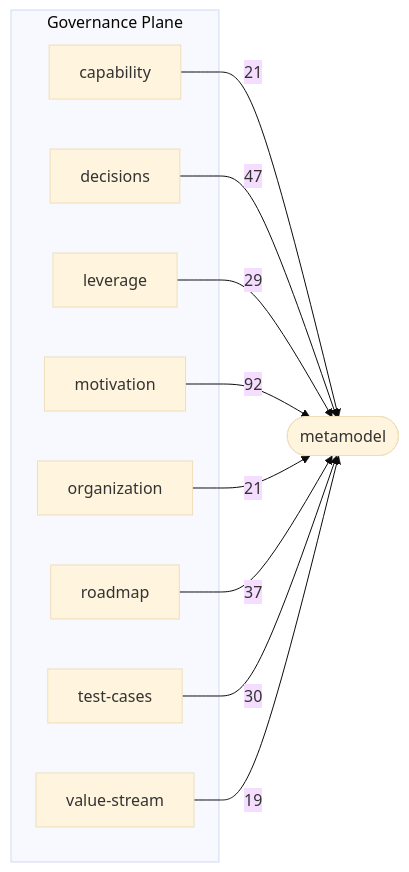
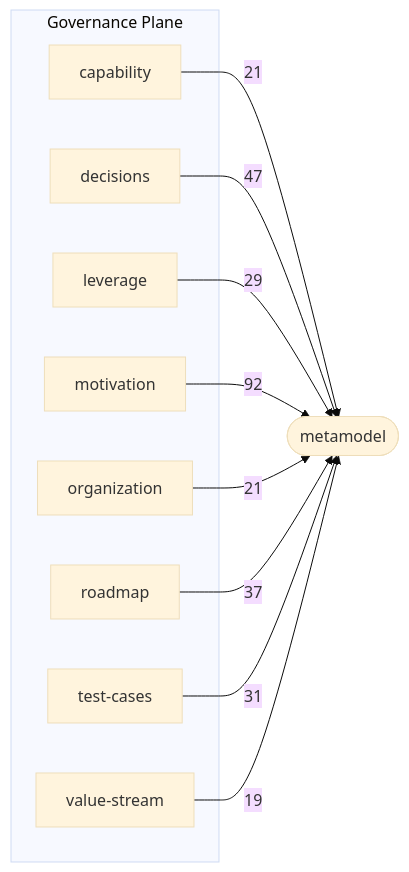
One commit to Archally/blueprint-schema changed the third of 3 diagrams in docs/schema-atlas/v2.8/layer-map.md. Above: the diagram before and after it, drawn with Mermaid (base theme). The commit also changed other lines of this file and 5 other files, not shown here.

Commit message:
Schema Atlas: the catalog follows the 2.8.57 schema

````diff
--- a/docs/schema-atlas/v2.8/layer-map.md
+++ b/docs/schema-atlas/v2.8/layer-map.md
@@ -139,22 +139,22 @@
 ```mermaid
 graph LR
     subgraph governance_plane["Governance Plane"]
         governance_capability_schema_yaml["capability"]
         governance_decisions_schema_yaml["decisions"]
         governance_leverage_schema_yaml["leverage"]
         governance_motivation_schema_yaml["motivation"]
         governance_organization_schema_yaml["organization"]
         governance_roadmap_schema_yaml["roadmap"]
         governance_test_cases_schema_yaml["test-cases"]
         governance_value_stream_schema_yaml["value-stream"]
     end
     metamodel_schema_yaml(["metamodel"])
     governance_capability_schema_yaml -->|21| metamodel_schema_yaml
     governance_decisions_schema_yaml -->|47| metamodel_schema_yaml
     governance_leverage_schema_yaml -->|29| metamodel_schema_yaml
     governance_motivation_schema_yaml -->|92| metamodel_schema_yaml
     governance_organization_schema_yaml -->|21| metamodel_schema_yaml
     governance_roadmap_schema_yaml -->|37| metamodel_schema_yaml
-    governance_test_cases_schema_yaml -->|30| metamodel_schema_yaml
+    governance_test_cases_schema_yaml -->|31| metamodel_schema_yaml
     governance_value_stream_schema_yaml -->|19| metamodel_schema_yaml
 ```
````
